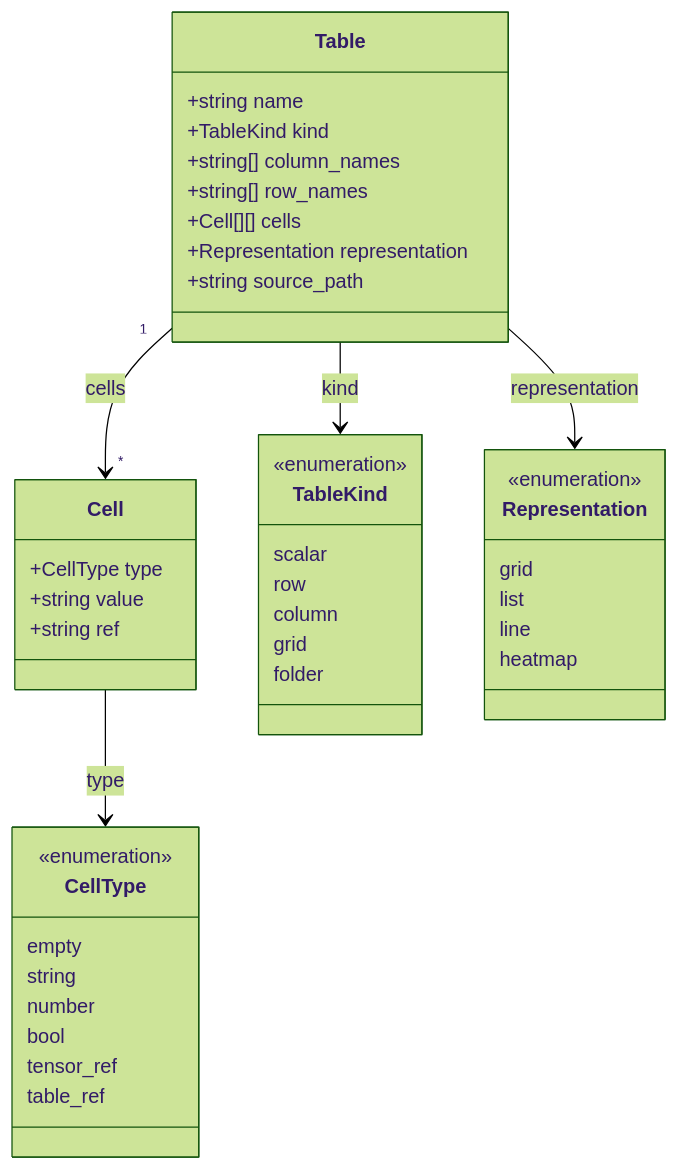
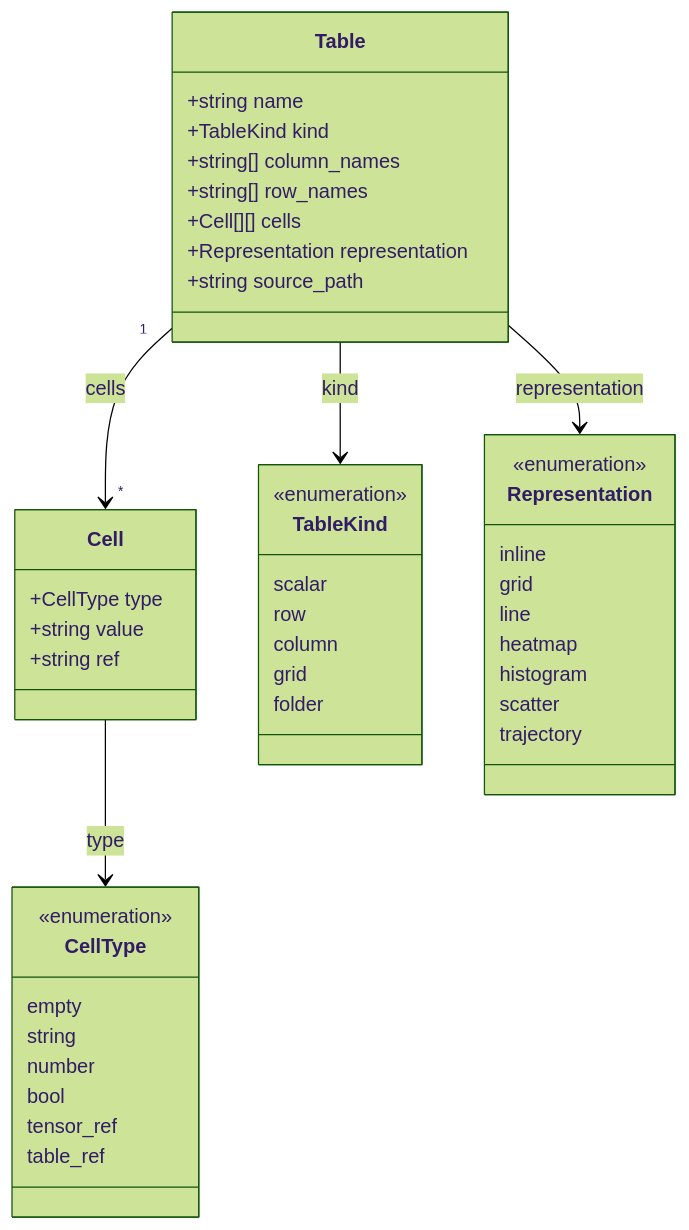
One commit to vladkalinichencko/log changed the first of 11 diagrams in SPEC.md. Above: the diagram before and after it, drawn with Mermaid (forest theme). The commit also changed other lines of this file and 12 other files, not shown here.

````diff
--- a/SPEC.md
+++ b/SPEC.md
@@ -340,45 +347,48 @@
 ```mermaid
 classDiagram
     class Table {
         +string name
         +TableKind kind
         +string[] column_names
         +string[] row_names
         +Cell[][] cells
         +Representation representation
         +string source_path
     }
     class Cell {
         +CellType type
         +string value
         +string ref
     }
     class CellType {
         <<enumeration>>
         empty
         string
         number
         bool
         tensor_ref
         table_ref
     }
     class TableKind {
         <<enumeration>>
         scalar
         row
         column
         grid
         folder
     }
     class Representation {
         <<enumeration>>
+        inline
         grid
-        list
         line
         heatmap
+        histogram
+        scatter
+        trajectory
     }
     Table "1" --> "*" Cell : cells
     Table --> TableKind : kind
     Table --> Representation : representation
     Cell --> CellType : type
 ```
````
